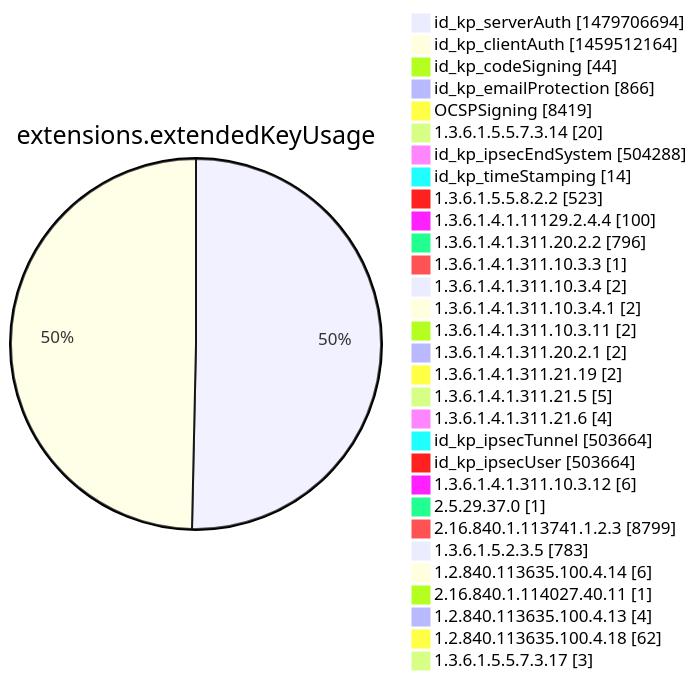
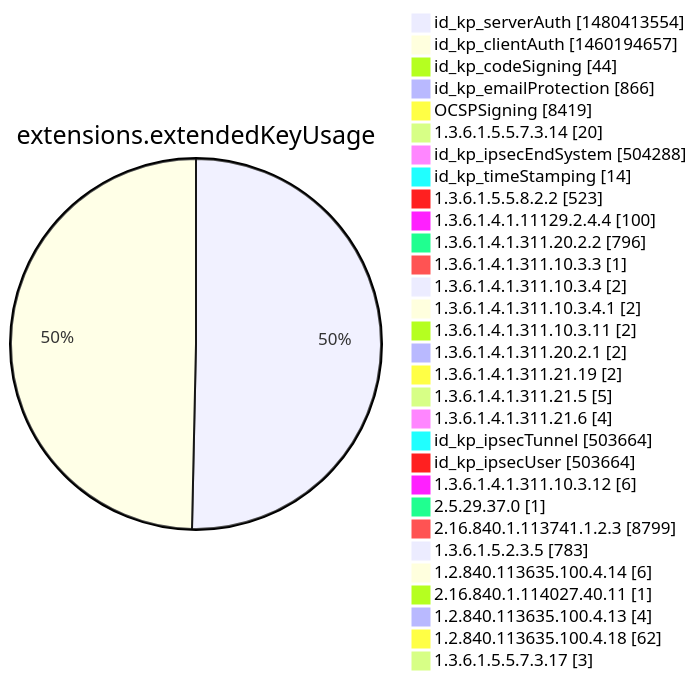
Before and after one commit to christiankrug/ctmonitor_visualization: diagram 12 of 15 in argon2022/README.md, drawn with Mermaid. The commit also changed other lines of this file, not shown here.

````diff
--- a/argon2022/README.md
+++ b/argon2022/README.md
@@ -3555,34 +3555,34 @@
 ```mermaid
 pie showData
 title extensions.extendedKeyUsage
-"id_kp_serverAuth" :1479706694
-"id_kp_clientAuth" :1459512164
+"id_kp_serverAuth" :1480413554
+"id_kp_clientAuth" :1460194657
 "id_kp_codeSigning" :44
 "id_kp_emailProtection" :866
 "OCSPSigning" :8419
 "1.3.6.1.5.5.7.3.14" :20
 "id_kp_ipsecEndSystem" :504288
 "id_kp_timeStamping" :14
 "1.3.6.1.5.5.8.2.2" :523
 "1.3.6.1.4.1.11129.2.4.4" :100
 "1.3.6.1.4.1.311.20.2.2" :796
 "1.3.6.1.4.1.311.10.3.3" :1
 "1.3.6.1.4.1.311.10.3.4" :2
 "1.3.6.1.4.1.311.10.3.4.1" :2
 "1.3.6.1.4.1.311.10.3.11" :2
 "1.3.6.1.4.1.311.20.2.1" :2
 "1.3.6.1.4.1.311.21.19" :2
 "1.3.6.1.4.1.311.21.5" :5
 "1.3.6.1.4.1.311.21.6" :4
 "id_kp_ipsecTunnel" :503664
 "id_kp_ipsecUser" :503664
 "1.3.6.1.4.1.311.10.3.12" :6
 "2.5.29.37.0" :1
 "2.16.840.1.113741.1.2.3" :8799
 "1.3.6.1.5.2.3.5" :783
 "1.2.840.113635.100.4.14" :6
 "2.16.840.1.114027.40.11" :1
 "1.2.840.113635.100.4.13" :4
 "1.2.840.113635.100.4.18" :62
 "1.3.6.1.5.5.7.3.17" :3
 ```
````
